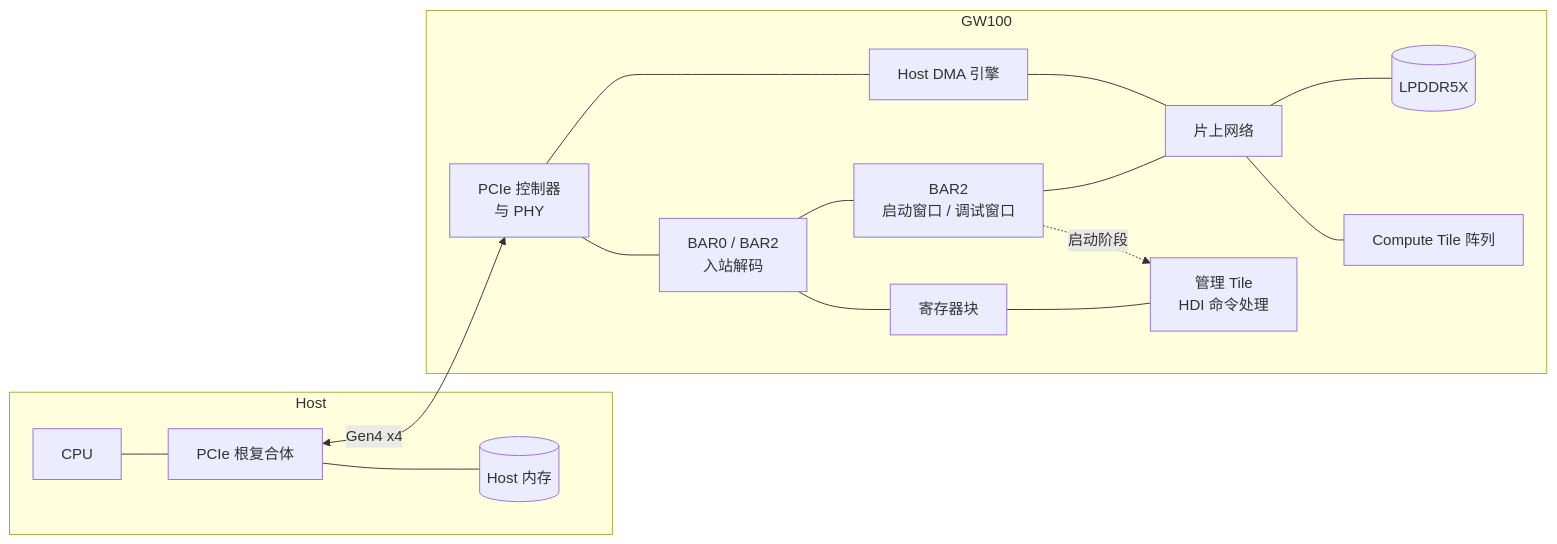
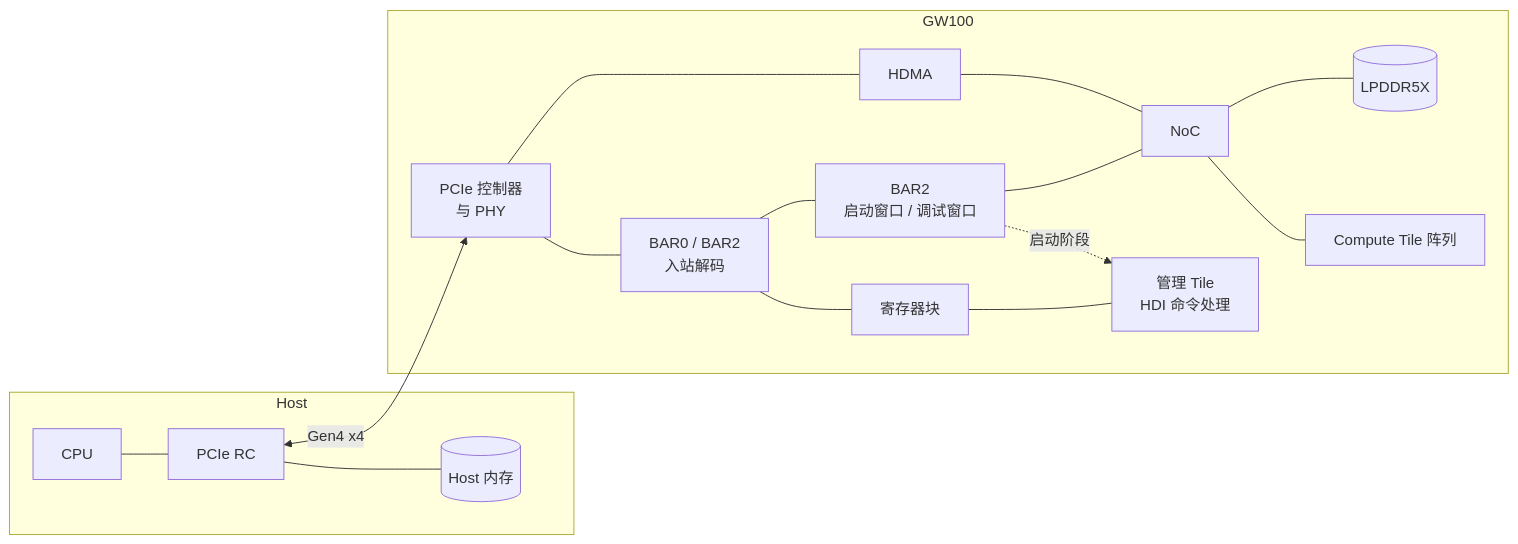
Before and after one commit to gevico/gw100-gem5: the diagram in docs/spec/host/spec-pcie.md, drawn with Mermaid. The commit also changed other lines of this file and 1 other file, not shown here.

First line of the commit message:
spec(spec-clock-reset-power,spec-pcie): 补全术语表，正文改用通用英文术语

````diff
--- a/docs/spec/host/spec-pcie.md
+++ b/docs/spec/host/spec-pcie.md
@@ -28,20 +28,20 @@
 ```mermaid
 flowchart LR
   subgraph Host
-    CPU[CPU] --- RC[PCIe 根复合体]
+    CPU[CPU] --- RC[PCIe RC]
     RC --- MEM[(Host 内存)]
   end
   subgraph GW100
     EP[PCIe 控制器<br/>与 PHY] --- BAR[BAR0 / BAR2<br/>入站解码]
-    EP --- HDMA[Host DMA 引擎]
+    EP --- HDMA[HDMA]
     BAR --- REGS[寄存器块]
     BAR --- WIN[BAR2<br/>启动窗口 / 调试窗口]
-    HDMA --- NOC[片上网络]
+    HDMA --- NOC[NoC]
     WIN --- NOC
     WIN -.->|启动阶段| MGMT
     REGS --- MGMT[管理 Tile<br/>HDI 命令处理]
     NOC --- DRAM[(LPDDR5X)]
     NOC --- TILES[Compute Tile 阵列]
   end
   RC <-->|Gen4 x4| EP
 ```
````
